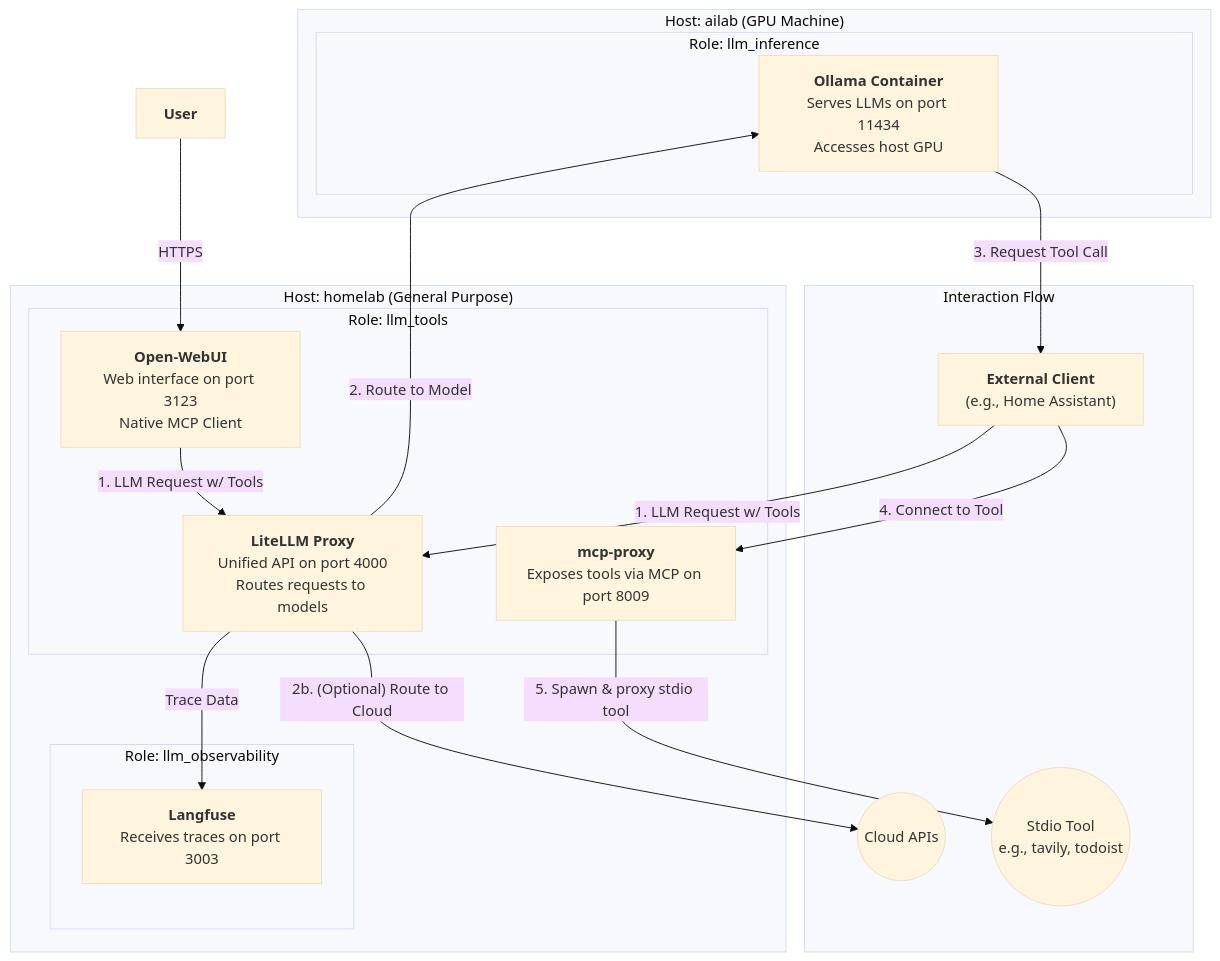
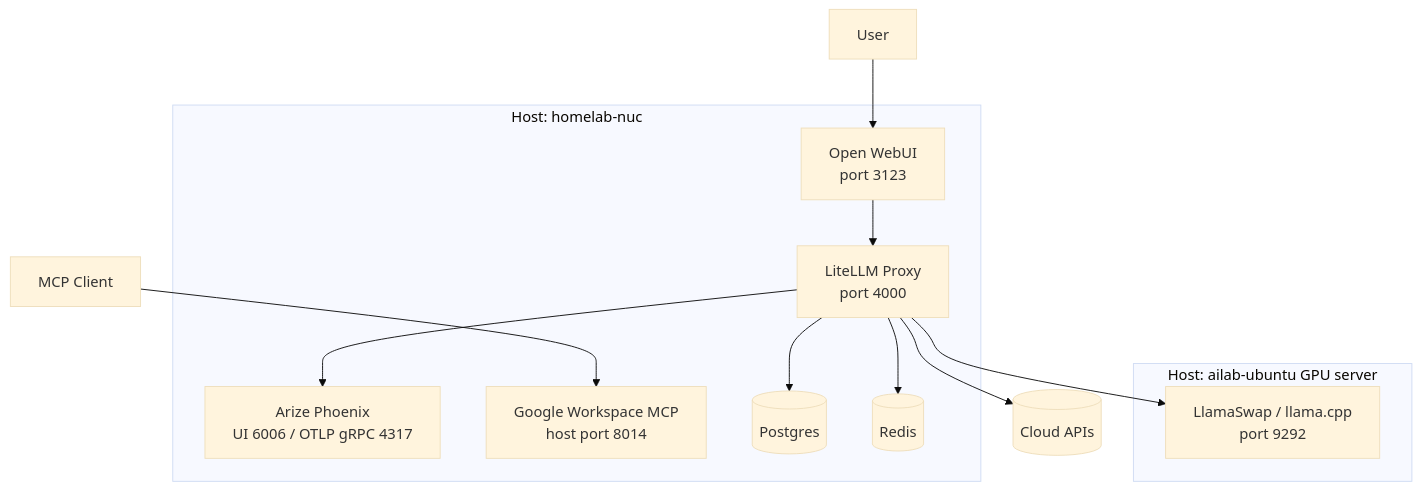
The diagram in roles/llm_tools/README.md (kirel/pi), drawn with Mermaid (base theme) before and after one commit. The commit also changed other lines of this file and 7 other files, not shown here.

````diff
--- a/roles/llm_tools/README.md
+++ b/roles/llm_tools/README.md
@@ -18,36 +22,24 @@
 ```mermaid
 graph TD
-    subgraph "Host: ailab (GPU Machine)"
-        subgraph "Role: llm_inference"
-            Ollama["<b>Ollama Container</b><br>Serves LLMs on port 11434<br>Accesses host GPU"]
-        end
+    subgraph "Host: ailab-ubuntu GPU server"
+        LlamaSwap["LlamaSwap / llama.cpp<br>port 9292"]
     end
 
-    subgraph "Host: homelab (General Purpose)"
-        subgraph "Role: llm_tools"
-            LiteLLM["<b>LiteLLM Proxy</b><br>Unified API on port 4000<br>Routes requests to models"]
-            MCPProxy["<b>mcp-proxy</b><br>Exposes tools via MCP on port 8009"]
-            OpenWebUI["<b>Open-WebUI</b><br>Web interface on port 3123<br>Native MCP Client"]
-        end
-
-        subgraph "Role: llm_observability"
-            Langfuse["<b>Langfuse</b><br>Receives traces on port 3003"]
-        end
+    subgraph "Host: homelab-nuc"
+        LiteLLM["LiteLLM Proxy<br>port 4000"]
+        OpenWebUI["Open WebUI<br>port 3123"]
+        Phoenix["Arize Phoenix<br>UI 6006 / OTLP gRPC 4317"]
+        WorkspaceMCP["Google Workspace MCP<br>host port 8014"]
+        DB[(Postgres)]
+        Redis[(Redis)]
     end
 
-    Client["<b>External Client</b><br>(e.g., Home Assistant)"]
-    User["<b>User</b>"]
-
-    User -- "HTTPS" --> OpenWebUI
-
-    subgraph "Interaction Flow"
-        Client -- "1. LLM Request w/ Tools" --> LiteLLM
-        OpenWebUI -- "1. LLM Request w/ Tools" --> LiteLLM
-        LiteLLM -- "2. Route to Model" --> Ollama
-        LiteLLM -- "2b. (Optional) Route to Cloud" --> Internet(("Cloud APIs"))
-        Ollama -- "3. Request Tool Call" --> Client
-        Client -- "4. Connect to Tool" --> MCPProxy
-        MCPProxy -- "5. Spawn & proxy stdio tool" --> StdioTool(("Stdio Tool<br>e.g., tavily, todoist"))
-        LiteLLM -- "Trace Data" --> Langfuse
-    end
+    User --> OpenWebUI
+    OpenWebUI --> LiteLLM
+    LiteLLM --> LlamaSwap
+    LiteLLM --> CloudAPIs[(Cloud APIs)]
+    LiteLLM --> Phoenix
+    LiteLLM --> DB
+    LiteLLM --> Redis
+    Client["MCP Client"] --> WorkspaceMCP
 ```
````
